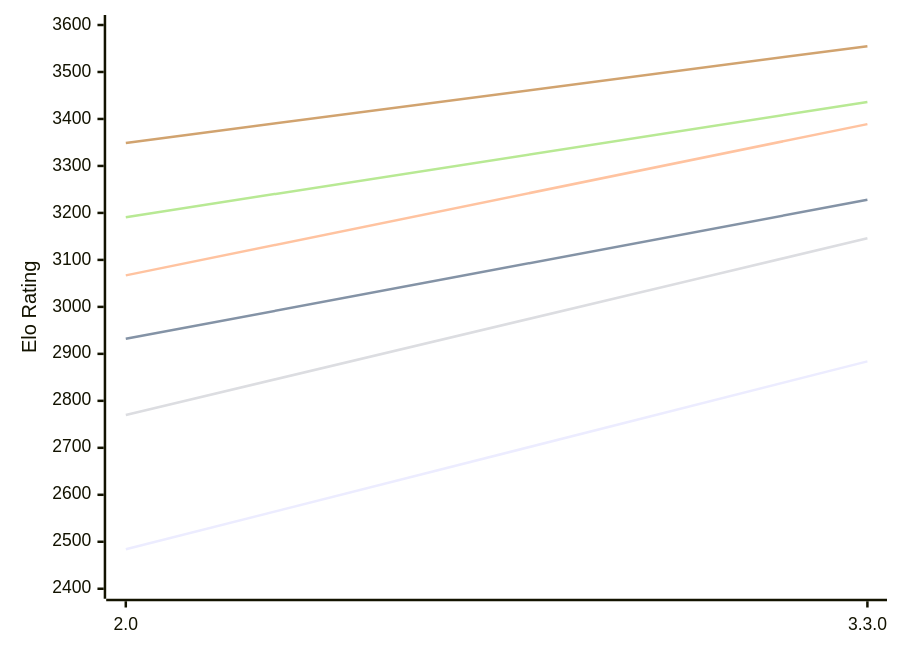
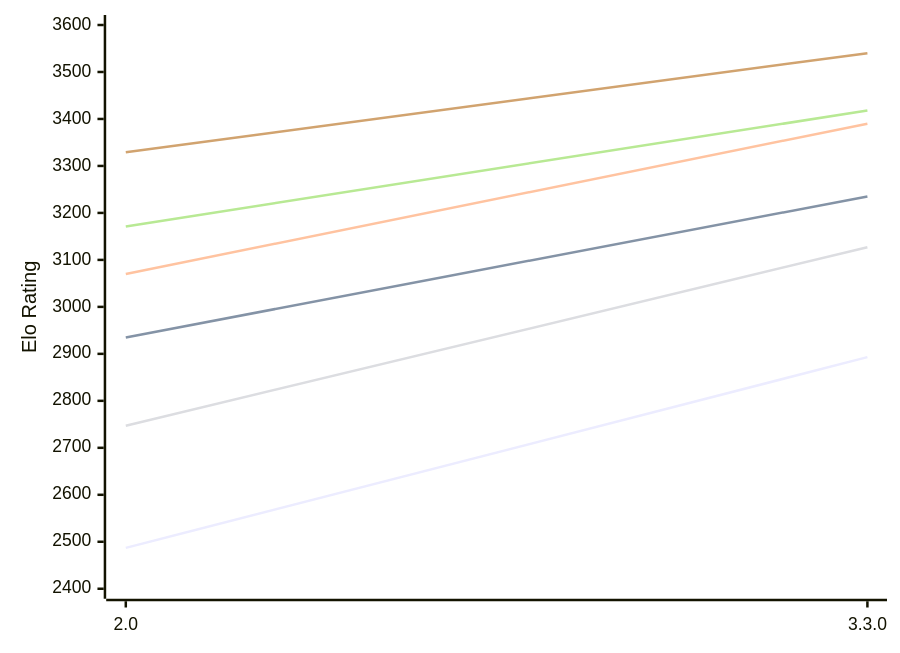
Before and after one commit to computer-chess-index/cci: the diagram in engines/Ravager.md, drawn with Mermaid. The commit also changed other lines of this file, not shown here.

Commit message:
Update CCI Ratings (ELO VLTC) - 2026-10-18

````diff
--- a/engines/Ravager.md
+++ b/engines/Ravager.md
@@ -49,12 +49,12 @@
 ```mermaid
 %%{init: {"theme":"base","themeVariables":{"seriesColors:['#a3a3a3','#222221','#faa371']}}}%%
 xychart-beta
   x-axis ["2.0", "3.3.0"]
   y-axis "Elo Rating" 2400 --> 3600
-  line "E1: STC (8.0+0.08s)" [2484, 2884]
-  line "E1: LTC (60.0+0.60s)" [2932, 3228]
-  line "E1: VLTC (2m24s+1.12s)" [3067, 3389]
-  line "P1: STC (8.0+0.08s)" [2770, 3146]
-  line "P1: LTC (60.0+0.60s)" [3191, 3436]
-  line "P1: VLTC (2m24s+1.12s)" [3349, 3555]
+  line "E1: STC (8.0+0.08s)" [2487, 2893]
+  line "E1: LTC (60.0+0.60s)" [2935, 3235]
+  line "E1: VLTC (2m24s+1.12s)" [3070, 3390]
+  line "P1: STC (8.0+0.08s)" [2747, 3127]
+  line "P1: LTC (60.0+0.60s)" [3171, 3418]
+  line "P1: VLTC (2m24s+1.12s)" [3329, 3540]
 ```
````
